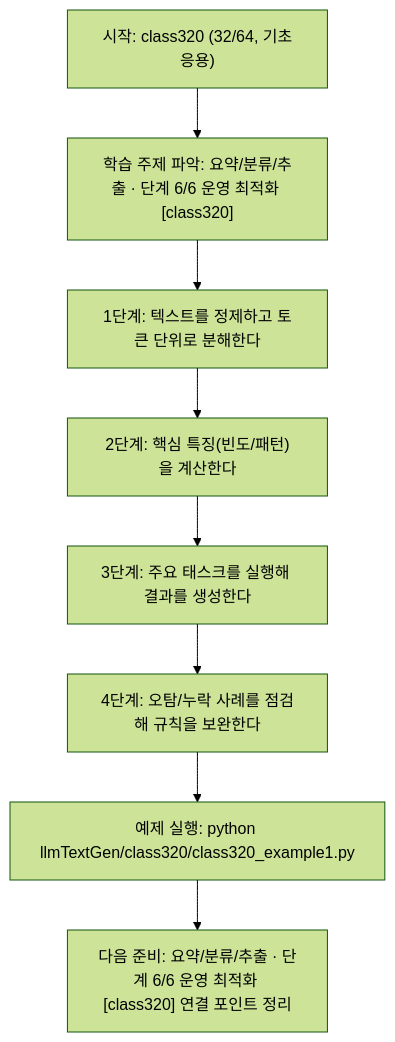
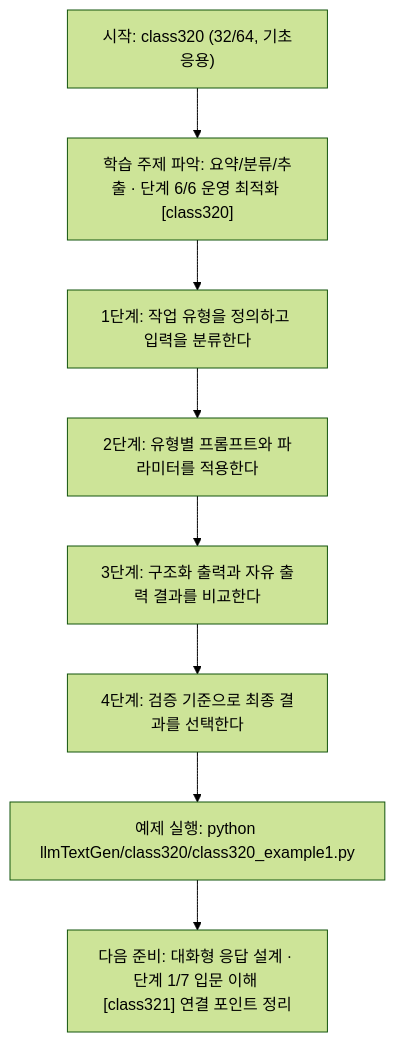
One commit to edumgt/Python-AI_Agent-Class changed the diagram in llmTextGen/class320/class320.md. Above: the diagram before and after it, drawn with Mermaid (forest theme). The commit also changed other lines of this file and 451 other files, not shown here.

````diff
--- a/llmTextGen/class320/class320.md
+++ b/llmTextGen/class320/class320.md
@@ -114,18 +95,18 @@
 ```mermaid
 flowchart TD
 N1["시작: class320 (32/64, 기초응용)"]
 N2["학습 주제 파악: 요약/분류/추출 · 단계 6/6 운영 최적화 [class320]"]
-N3["1단계: 텍스트를 정제하고 토큰 단위로 분해한다"]
-N4["2단계: 핵심 특징(빈도/패턴)을 계산한다"]
-N5["3단계: 주요 태스크를 실행해 결과를 생성한다"]
-N6["4단계: 오탐/누락 사례를 점검해 규칙을 보완한다"]
+N3["1단계: 작업 유형을 정의하고 입력을 분류한다"]
+N4["2단계: 유형별 프롬프트와 파라미터를 적용한다"]
+N5["3단계: 구조화 출력과 자유 출력 결과를 비교한다"]
+N6["4단계: 검증 기준으로 최종 결과를 선택한다"]
 N7["예제 실행: python llmTextGen/class320/class320_example1.py"]
-N8["다음 준비: 요약/분류/추출 · 단계 6/6 운영 최적화 [class320] 연결 포인트 정리"]
+N8["다음 준비: 대화형 응답 설계 · 단계 1/7 입문 이해 [class321] 연결 포인트 정리"]
 N1 --> N2
 N2 --> N3
 N3 --> N4
 N4 --> N5
 N5 --> N6
 N6 --> N7
 N7 --> N8
 ```
````
